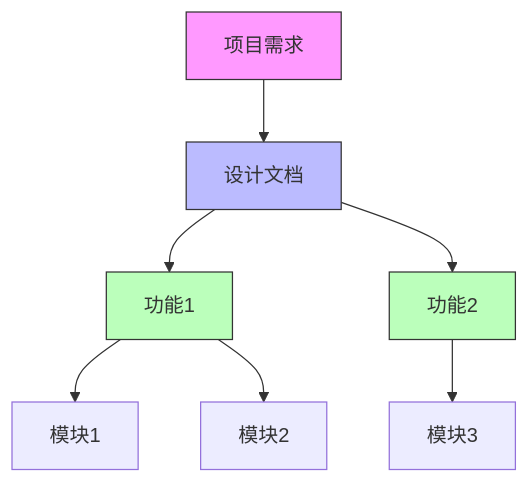
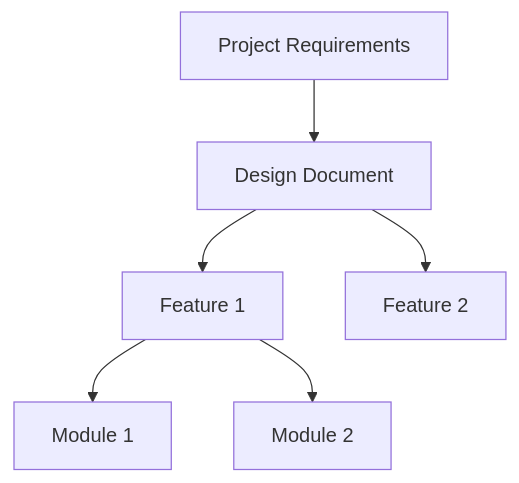
The diagram in .opencode/memory/INDEX.md (Coder-Beam/Quick-Agents-for-Z.AI-GLM), drawn with Mermaid before and after one commit. The commit also changed other lines of this file and 12 other files, not shown here.

````diff
--- a/.opencode/memory/INDEX.md
+++ b/.opencode/memory/INDEX.md
@@ -64,14 +27,8 @@
 ```mermaid
 graph TD
-    A[项目需求] --> B[设计文档]
-    B --> C[功能1]
-    B --> D[功能2]
-    C --> E[模块1]
-    C --> F[模块2]
-    D --> G[模块3]
-    
-    style A fill:#f9f,stroke:#333
-    style B fill:#bbf,stroke:#333
-    style C fill:#bfb,stroke:#333
-    style D fill:#bfb,stroke:#333
+    A[Project Requirements] --> B[Design Document]
+    B --> C[Feature 1]
+    B --> D[Feature 2]
+    C --> E[Module 1]
+    C --> F[Module 2]
 ```
````
